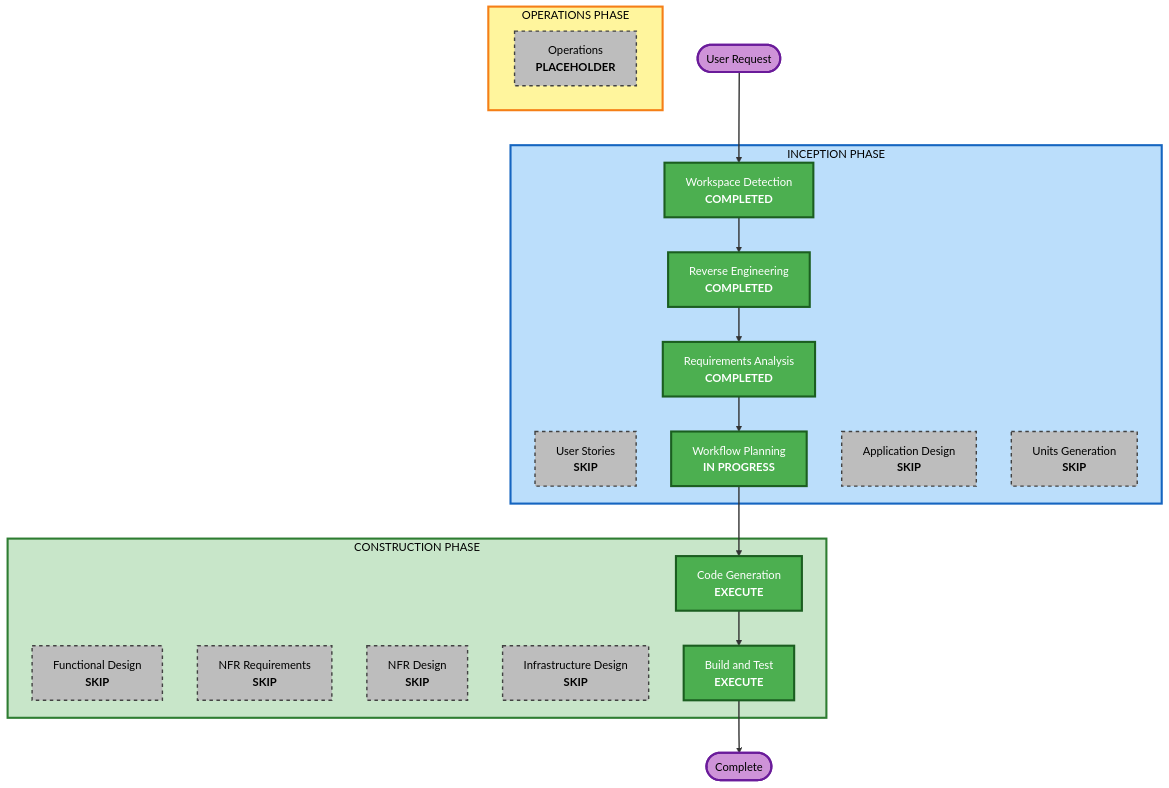
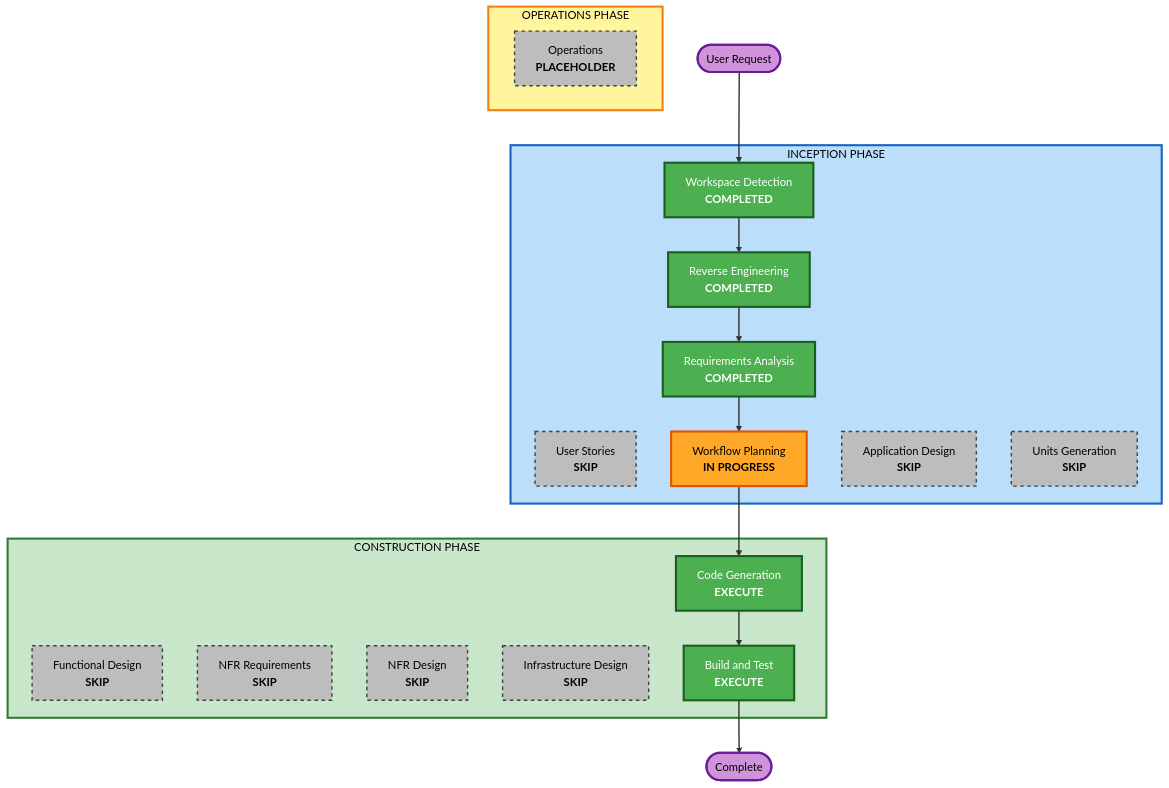
One commit to CHS-Training-Org/ai_training_for_chuo_system changed the second of 2 diagrams in Docs/spec/aidlc-docs/inception/plans/execution-plan.md. Above: the diagram before and after it, drawn with Mermaid (forest theme). The commit also changed other lines of this file and 9 other files, not shown here.

````diff
--- a/Docs/spec/aidlc-docs/inception/plans/execution-plan.md
+++ b/Docs/spec/aidlc-docs/inception/plans/execution-plan.md
@@ -48,57 +58,57 @@
 ```mermaid
 flowchart TD
     Start(["User Request"])
 
     subgraph INCEPTION["INCEPTION PHASE"]
         WD["Workspace Detection<br/><b>COMPLETED</b>"]
         RE["Reverse Engineering<br/><b>COMPLETED</b>"]
         RA["Requirements Analysis<br/><b>COMPLETED</b>"]
         US["User Stories<br/><b>SKIP</b>"]
         WP["Workflow Planning<br/><b>IN PROGRESS</b>"]
         AD["Application Design<br/><b>SKIP</b>"]
         UG["Units Generation<br/><b>SKIP</b>"]
     end
 
     subgraph CONSTRUCTION["CONSTRUCTION PHASE"]
         FD["Functional Design<br/><b>SKIP</b>"]
         NFRA["NFR Requirements<br/><b>SKIP</b>"]
         NFRD["NFR Design<br/><b>SKIP</b>"]
         ID["Infrastructure Design<br/><b>SKIP</b>"]
         CG["Code Generation<br/><b>EXECUTE</b>"]
         BT["Build and Test<br/><b>EXECUTE</b>"]
     end
 
     subgraph OPERATIONS["OPERATIONS PHASE"]
         OPS["Operations<br/><b>PLACEHOLDER</b>"]
     end
 
     Start --> WD
     WD --> RE
     RE --> RA
     RA --> WP
     WP --> CG
     CG --> BT
     BT --> End(["Complete"])
 
     style WD fill:#4CAF50,stroke:#1B5E20,stroke-width:3px,color:#fff
     style RE fill:#4CAF50,stroke:#1B5E20,stroke-width:3px,color:#fff
     style RA fill:#4CAF50,stroke:#1B5E20,stroke-width:3px,color:#fff
-    style WP fill:#4CAF50,stroke:#1B5E20,stroke-width:3px,color:#fff
+    style WP fill:#FFA726,stroke:#E65100,stroke-width:3px,color:#000
     style CG fill:#4CAF50,stroke:#1B5E20,stroke-width:3px,color:#fff
     style BT fill:#4CAF50,stroke:#1B5E20,stroke-width:3px,color:#fff
     style US fill:#BDBDBD,stroke:#424242,stroke-width:2px,stroke-dasharray: 5 5,color:#000
     style AD fill:#BDBDBD,stroke:#424242,stroke-width:2px,stroke-dasharray: 5 5,color:#000
     style UG fill:#BDBDBD,stroke:#424242,stroke-width:2px,stroke-dasharray: 5 5,color:#000
     style FD fill:#BDBDBD,stroke:#424242,stroke-width:2px,stroke-dasharray: 5 5,color:#000
     style NFRA fill:#BDBDBD,stroke:#424242,stroke-width:2px,stroke-dasharray: 5 5,color:#000
     style NFRD fill:#BDBDBD,stroke:#424242,stroke-width:2px,stroke-dasharray: 5 5,color:#000
     style ID fill:#BDBDBD,stroke:#424242,stroke-width:2px,stroke-dasharray: 5 5,color:#000
     style OPS fill:#BDBDBD,stroke:#424242,stroke-width:2px,stroke-dasharray: 5 5,color:#000
     style Start fill:#CE93D8,stroke:#6A1B9A,stroke-width:3px,color:#000
     style End fill:#CE93D8,stroke:#6A1B9A,stroke-width:3px,color:#000
     style INCEPTION fill:#BBDEFB,stroke:#1565C0,stroke-width:3px,color:#000
     style CONSTRUCTION fill:#C8E6C9,stroke:#2E7D32,stroke-width:3px,color:#000
     style OPERATIONS fill:#FFF59D,stroke:#F57F17,stroke-width:3px,color:#000
 
     linkStyle default stroke:#333,stroke-width:2px
 ```
````
